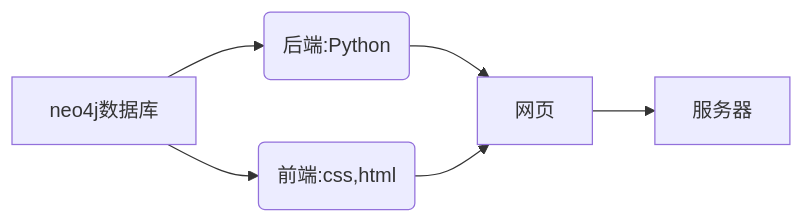
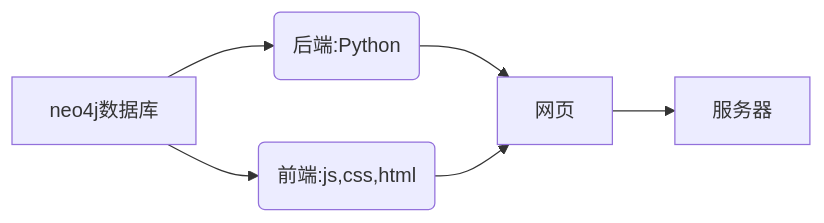
The second of 2 diagrams in README.md (gxhoo1/Knowledge_Graph), drawn with Mermaid before and after one commit.

````diff
--- a/README.md
+++ b/README.md
@@ -38,9 +38,9 @@
 ```mermaid
 
 graph LR
 A[neo4j数据库] -->B(后端:Python)
-A --> C(前端:css,html)
+A --> C(前端:js,css,html)
 B -->D[网页]
 C -->D[网页]
 D -->E[服务器]
 ```
````
